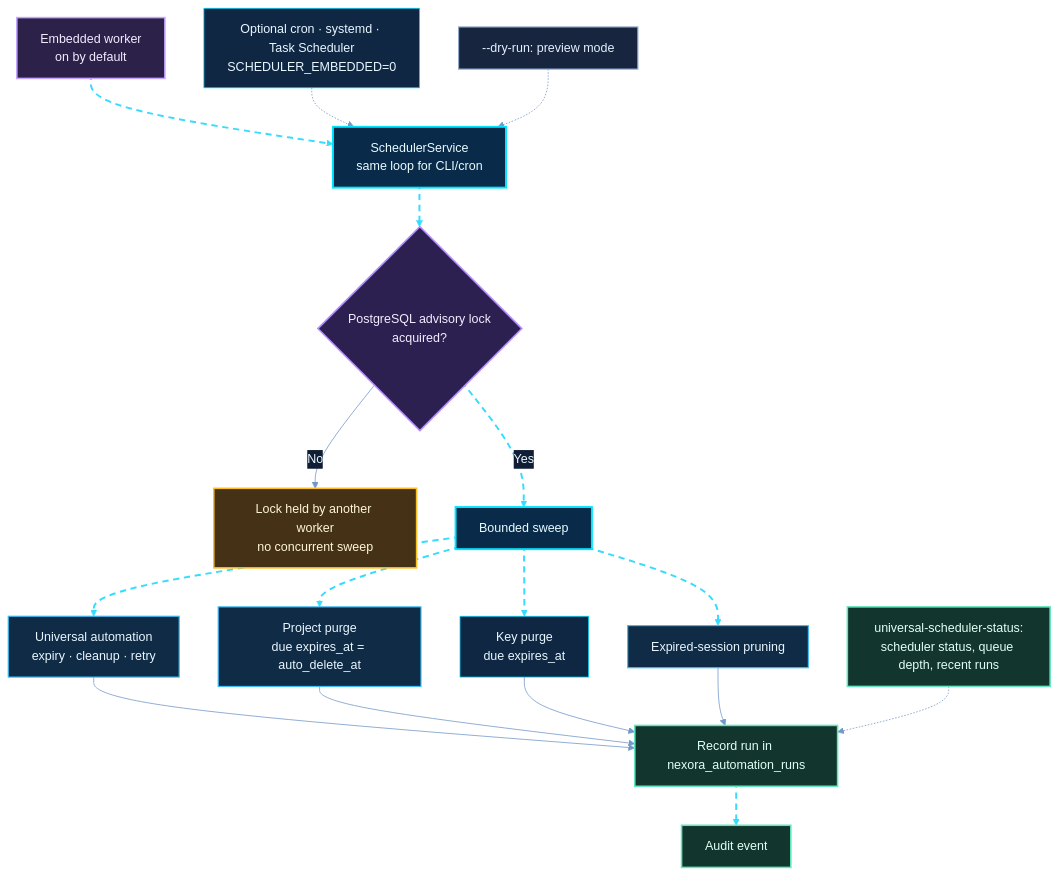
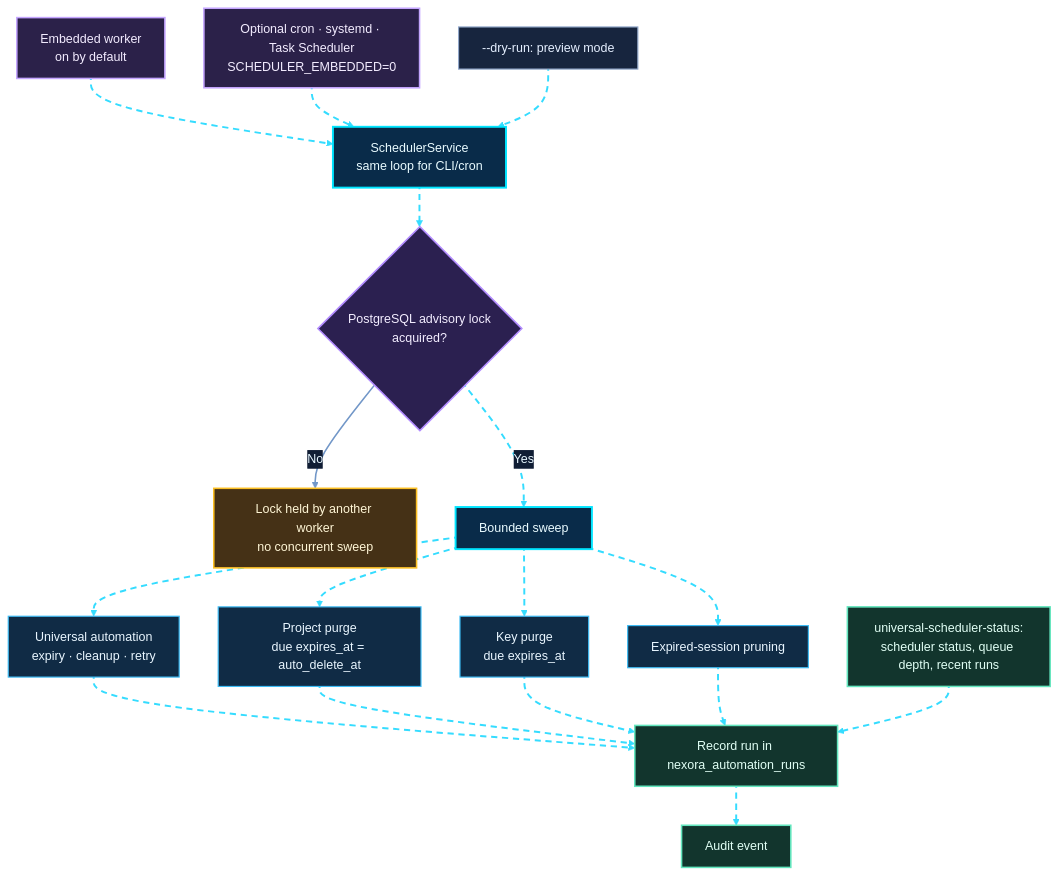
Before and after one commit to shajeduzzamanenan992008inc/NexOra-Database-key-Gen: diagram 18 of 23 in README.md, drawn with Mermaid. The commit also changed other lines of this file and 484 other files, not shown here.

````diff
--- a/README.md
+++ b/README.md
@@ -1495,42 +1691,71 @@
 ```mermaid
 %%{init: {"theme":"base","themeVariables":{"darkMode":true,"background":"#07111f","primaryColor":"#102744","primaryTextColor":"#e8f7ff","primaryBorderColor":"#00d9ff","lineColor":"#7297c8","secondaryColor":"#261d45","secondaryTextColor":"#f3eaff","secondaryBorderColor":"#a78bfa","tertiaryColor":"#12332b","tertiaryTextColor":"#e0fff1","tertiaryBorderColor":"#41e6a2","fontFamily":"Inter, Segoe UI, sans-serif","edgeLabelBackground":"#101d34","mainBkg":"#102744","nodeBorder":"#00d9ff","clusterBkg":"#0b1930","clusterBorder":"#6f7dff","actorBkg":"#102744","actorBorder":"#00d9ff","actorTextColor":"#e8f7ff","signalColor":"#64d8ff","signalTextColor":"#e8f7ff","noteBkgColor":"#0e332b","noteBorderColor":"#41e6a2","noteTextColor":"#e0fff1"}}}%%
+
 flowchart TD
-    T["Embedded worker<br/>on by default"] nx14e01@--> C["SchedulerService<br/>same loop for CLI/cron"]
-    T2["Optional cron · systemd · Task Scheduler<br/>SCHEDULER_EMBEDDED=0"] -.-> C
-    C nx14e02@--> L{"PostgreSQL advisory lock<br/>acquired?"}
+    T["Embedded worker<br/>on by default"] e18_01@--> C["SchedulerService<br/>same loop for CLI/cron"]
+
+    T2["Optional cron · systemd · Task Scheduler<br/>SCHEDULER_EMBEDDED=0"] e18_02@-.-> C
+
+    C e18_03@--> L{"PostgreSQL advisory lock<br/>acquired?"}
+
+    %% NO branch: STATIC - NO ANIMATION
     L -->|No| W["Lock held by another worker<br/>no concurrent sweep"]
-    L nx14e03@-->|Yes| S["Bounded sweep"]
-    S nx14e04@--> J1["Universal automation<br/>expiry · cleanup · retry"]
-    S nx14e05@--> J2["Project purge<br/>due expires_at = auto_delete_at"]
-    S nx14e07@--> J4["Key purge<br/>due expires_at"]
-    S nx14e06@--> J3["Expired-session pruning"]
-    J1 nx14e07@--> R["Record run in nexora_automation_runs"]
-    J2 --> R
-    J4 --> R
-    J3 --> R
-    R nx14e08@--> A["Audit event"]
-    D["--dry-run: preview mode"] -.-> C
-    ST["universal-scheduler-status:<br/>scheduler status, queue depth, recent runs"] -.-> R
 
-    %% OMEGA NEX-ORA visual classes
+    %% YES branch: animated
+    L e18_05@-->|Yes| S["Bounded sweep"]
+
+    %% Bounded sweep jobs
+    S e18_06@--> J1["Universal automation<br/>expiry · cleanup · retry"]
+
+    S e18_07@--> J2["Project purge<br/>due expires_at = auto_delete_at"]
+
+    S e18_08@--> J4["Key purge<br/>due expires_at"]
+
+    S e18_09@--> J3["Expired-session pruning"]
+
+    %% Run recording
+    J1 e18_10@--> R["Record run in nexora_automation_runs"]
+
+    J2 e18_11@--> R
+
+    J4 e18_12@--> R
+
+    J3 e18_13@--> R
+
+    %% Audit
+    R e18_14@--> A["Audit event"]
+
+    %% Optional controls
+    D["--dry-run: preview mode"] e18_15@-.-> C
+
+    ST["universal-scheduler-status:<br/>scheduler status, queue depth, recent runs"] e18_16@-.-> R
+
     %% OMEGA NEX-ORA / ULTRA NEON PALETTE
     classDef nxCore fill:#092b49,stroke:#00e5ff,stroke-width:2.5px,color:#e9fbff;
     classDef nxProcess fill:#102b45,stroke:#3dbcf5,stroke-width:1.5px,color:#e9f6ff;
     classDef nxDecision fill:#2b2050,stroke:#b38cff,stroke-width:2px,color:#f3edff;
     classDef nxSuccess fill:#0d3b2c,stroke:#3fffa0,stroke-width:2px,color:#e0fff0;
     classDef nxDanger fill:#451d30,stroke:#ff6688,stroke-width:2px,color:#fff0f3;
     classDef nxData fill:#12352d,stroke:#63e6be,stroke-width:2px,color:#e1fff5;
     classDef nxExternal fill:#2b2149,stroke:#c4a5ff,stroke-width:2px,color:#f3ecff;
     classDef nxInfo fill:#17253e,stroke:#91a7c9,stroke-width:1.5px,color:#e5efff;
     classDef nxWarning fill:#453116,stroke:#fbbf24,stroke-width:2px,color:#fff6d6;
-    %% Moving dashed route: Mermaid applies this class to explicitly identified edges.
+
+    %% BLUE MOVING-DASH ANIMATION
     classDef nxAnimated stroke:#35dcff,stroke-width:2.5px,stroke-dasharray:8\,6,stroke-dashoffset:1000,animation:dash 24s linear infinite;
-    class T nxExternal;
+
+    %% NODE STYLING
+    class T,T2 nxExternal;
     class C,S nxCore;
     class L nxDecision;
     class W nxWarning;
-    class J1,J2,J3 nxProcess;
+    class J1,J2,J3,J4 nxProcess;
     class R,A,ST nxData;
     class D nxInfo;
-    class nx14e01,nx14e02,nx14e03,nx14e04,nx14e05,nx14e06,nx14e07,nx14e08 nxAnimated;
+
+    %% ANIMATE ALL ROUTES EXCEPT THE NO BRANCH
+    class e18_01,e18_02,e18_03,e18_05,e18_06,e18_07,e18_08,e18_09,e18_10,e18_11,e18_12,e18_13,e18_14,e18_15,e18_16 nxAnimated;
+
+    %% NO BRANCH: STATIC LINE
+    linkStyle 3 stroke:#7297c8,stroke-width:2px;
 ```
````
